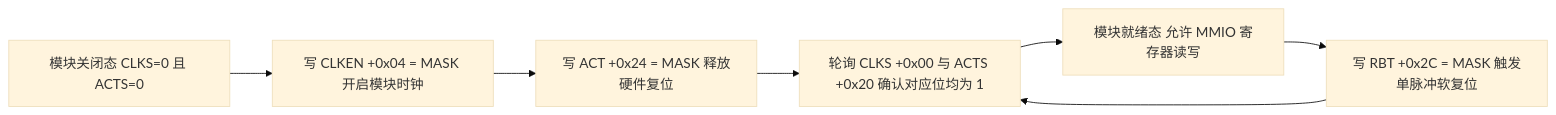
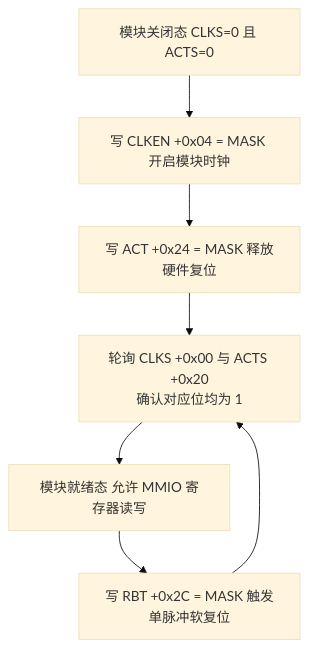
Before and after one commit to difanz/lantiq-falcon-s-docs: the second of 2 diagrams in 02_system_architecture/03_clock_and_reset.md, drawn with Mermaid (base theme). The commit also changed other lines of this file and 33 other files, not shown here.

Commit message:
Improve diagram readability and adopt the Material theme

````diff
--- a/02_system_architecture/03_clock_and_reset.md
+++ b/02_system_architecture/03_clock_and_reset.md
@@ -124,12 +125,12 @@
 ```mermaid
-flowchart LR
+flowchart TD
     OFF["模块关闭态 CLKS=0 且 ACTS=0"]
     CLK_ON["写 CLKEN +0x04 = MASK 开启模块时钟"]
     ACT_ON["写 ACT +0x24 = MASK 释放硬件复位"]
-    POLL["轮询 CLKS +0x00 与 ACTS +0x20 确认对应位均为 1"]
+    POLL["轮询 CLKS +0x00 与 ACTS +0x20<br/>确认对应位均为 1"]
     READY["模块就绪态 允许 MMIO 寄存器读写"]
     PULSE["写 RBT +0x2C = MASK 触发单脉冲软复位"]
 
     OFF --> CLK_ON --> ACT_ON --> POLL --> READY
     READY --> PULSE --> POLL
 ```
````
